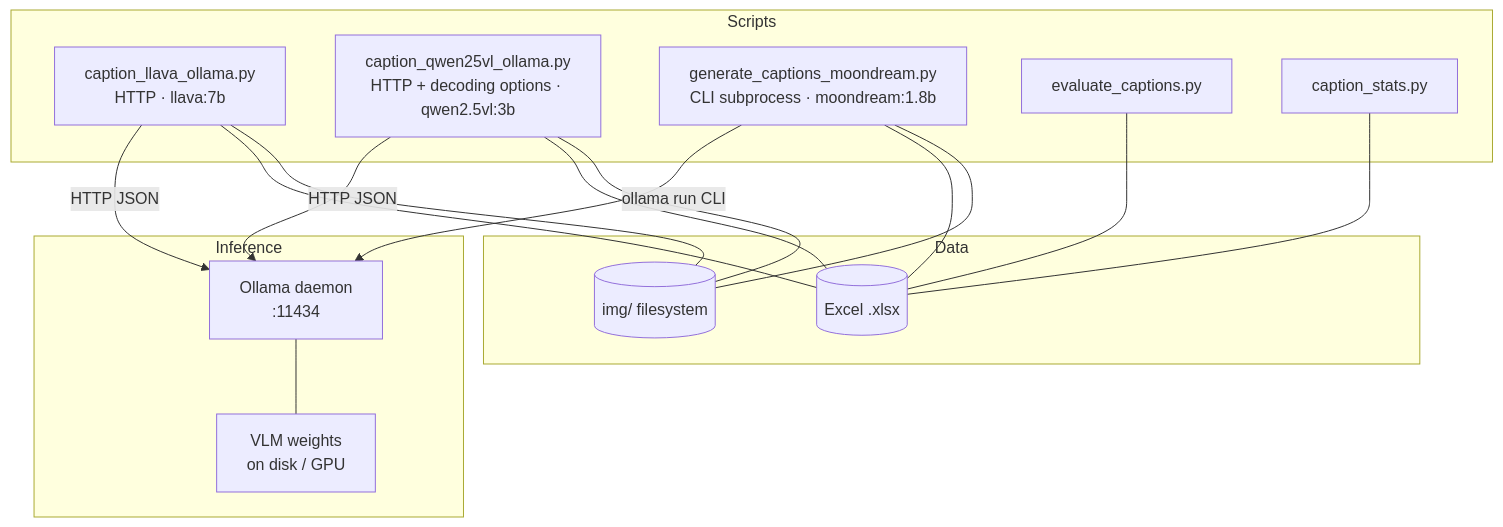
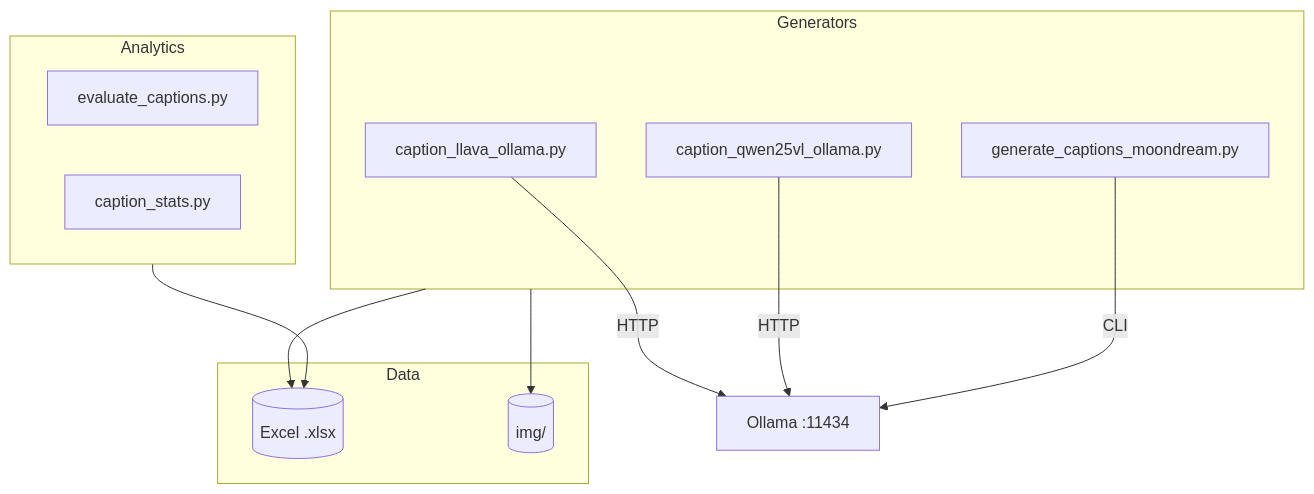
One commit to ohamed/image-captioning changed the third of 3 diagrams in readme.md. Above: the diagram before and after it, drawn with Mermaid. The commit also changed other lines of this file, not shown here.

````diff
--- a/readme.md
+++ b/readme.md
@@ -51,27 +56,27 @@
 ```mermaid
 flowchart TB
-    subgraph Scripts
-        G1[caption_llava_ollama.py\nHTTP · llava:7b]
-        G2[caption_qwen25vl_ollama.py\nHTTP + decoding options · qwen2.5vl:3b]
-        G3[generate_captions_moondream.py\nCLI subprocess · moondream:1.8b]
+    subgraph Generators
+        G1[caption_llava_ollama.py]
+        G2[caption_qwen25vl_ollama.py]
+        G3[generate_captions_moondream.py]
+    end
+
+    subgraph Analytics
         EV[evaluate_captions.py]
         ST[caption_stats.py]
     end
 
     subgraph Data
         XLS[(Excel .xlsx)]
-        IMG[(img/ filesystem)]
+        IMG[(img/)]
     end
 
-    subgraph Inference
-        OLL[Ollama daemon\n:11434]
-        VLM[VLM weights\non disk / GPU]
-    end
+    OLL[Ollama :11434]
 
-    G1 & G2 -->|HTTP JSON| OLL
-    G3 -->|ollama run CLI| OLL
-    OLL --- VLM
-    G1 & G2 & G3 --- XLS
-    G1 & G2 & G3 --- IMG
-    EV & ST --- XLS
+    G1 -->|HTTP| OLL
+    G2 -->|HTTP| OLL
+    G3 -->|CLI| OLL
+    Generators --> XLS
+    Generators --> IMG
+    Analytics --> XLS
 ```
````
